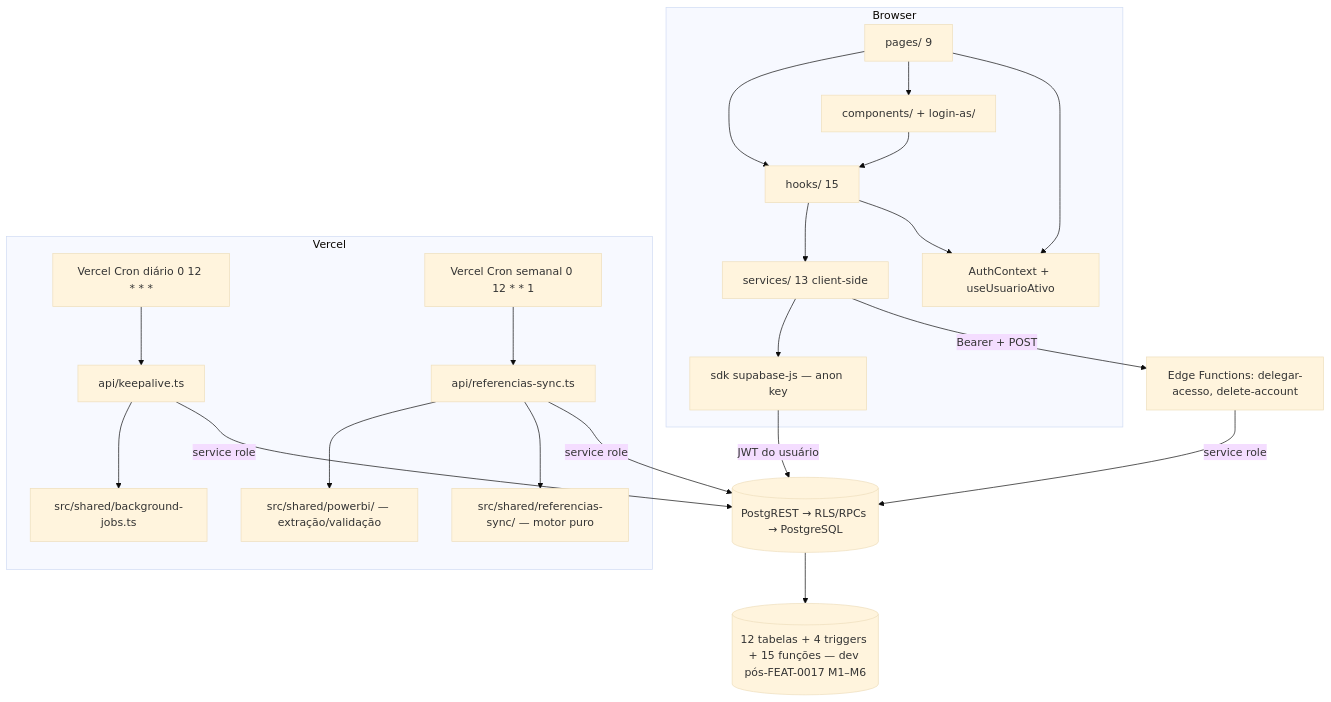
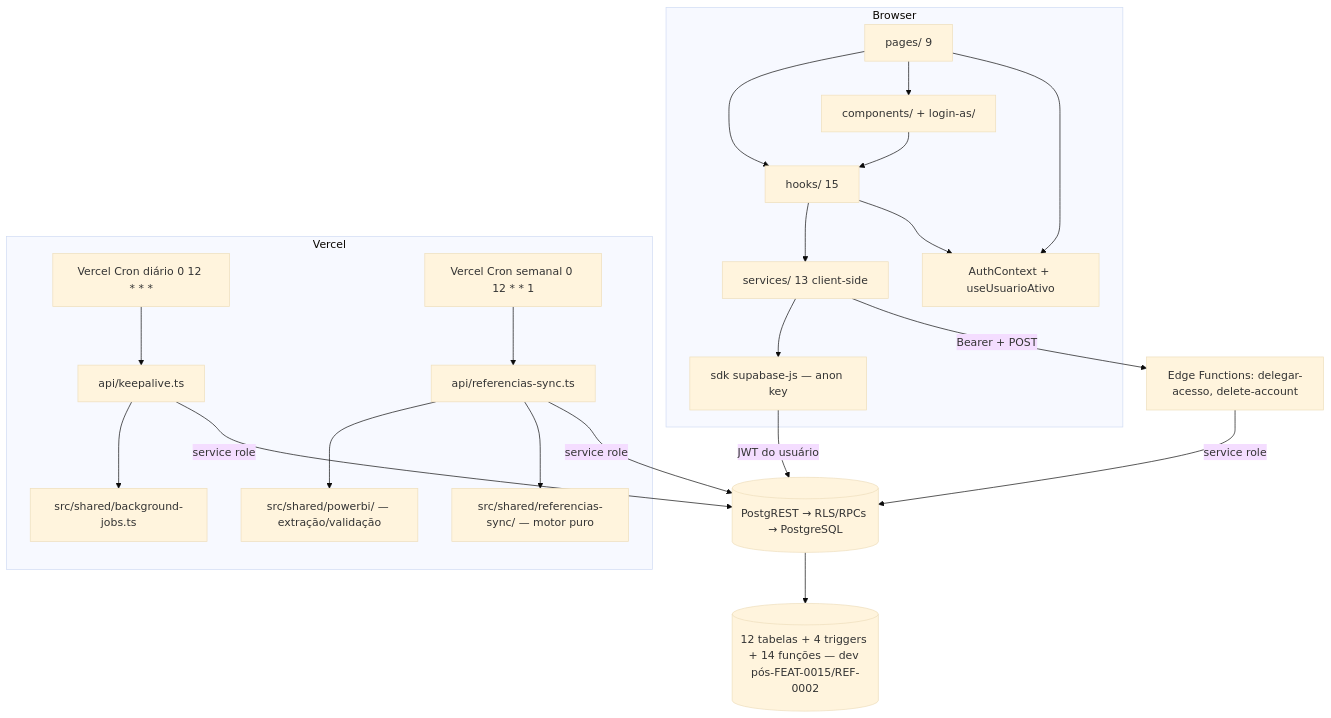
One commit to lucasmm96/meufenil changed the diagram in wiki/Arquitetura.md. Above: the diagram before and after it, drawn with Mermaid (base theme). The commit also changed other lines of this file and 22 other files, not shown here.

````diff
--- a/wiki/Arquitetura.md
+++ b/wiki/Arquitetura.md
@@ -27,25 +27,25 @@
 ```mermaid
 flowchart TB
     subgraph Browser
         P[pages/ 9] --> H[hooks/ 15]
         P --> C[components/ + login-as/]
         C --> H
         H --> S[services/ 13 client-side]
         S --> SUP[sdk supabase-js — anon key]
         P --> AU[AuthContext + useUsuarioAtivo]
         H --> AU
     end
     SUP -->|JWT do usuário| PG[(PostgREST → RLS/RPCs → PostgreSQL)]
     S -->|Bearer + POST| ED[Edge Functions: delegar-acesso, delete-account]
     ED -->|service role| PG
     subgraph Vercel
         CRON[Vercel Cron diário 0 12 * * *] --> KEEP[api/keepalive.ts]
         KEEP --> BJ[src/shared/background-jobs.ts]
         CRONW[Vercel Cron semanal 0 12 * * 1] --> SYNC[api/referencias-sync.ts]
         SYNC --> PBI[src/shared/powerbi/ — extração/validação]
         SYNC --> MOT[src/shared/referencias-sync/ — motor puro]
     end
     KEEP -->|service role| PG
     SYNC -->|service role| PG
-    PG --> TAB[(12 tabelas + 4 triggers + 15 funções — dev pós-FEAT-0017 M1–M6)]
+    PG --> TAB[(12 tabelas + 4 triggers + 14 funções — dev pós-FEAT-0015/REF-0002)]
 ```
````
